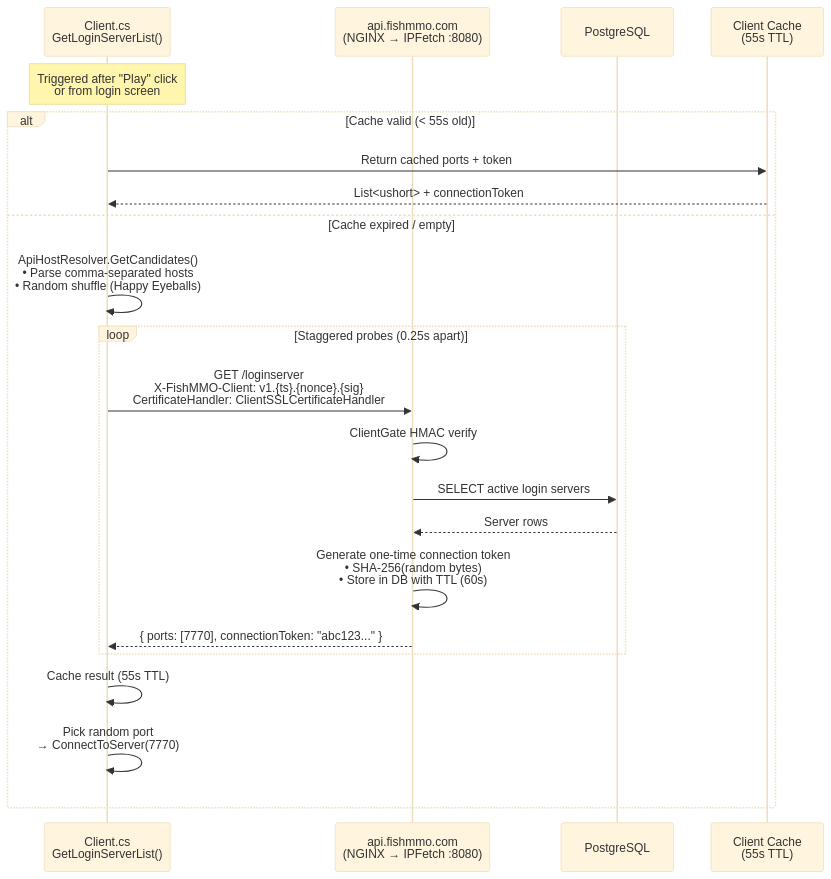
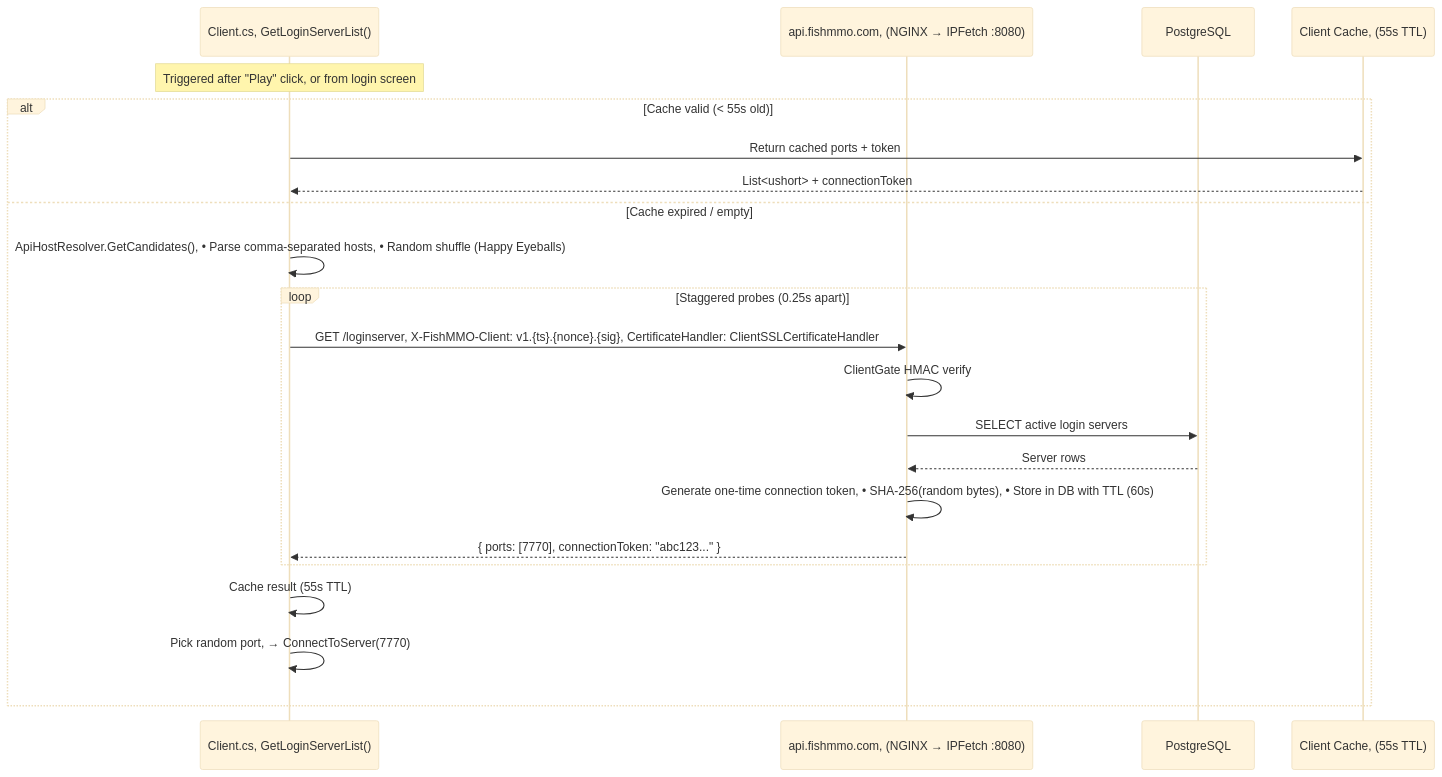
Before and after one commit to jimdroberts/FishMMO: the second of 11 diagrams in CONNECTION_PIPELINE.md, drawn with Mermaid (base theme). The commit also changed other lines of this file, not shown here.

````diff
--- a/CONNECTION_PIPELINE.md
+++ b/CONNECTION_PIPELINE.md
@@ -135,28 +135,28 @@
 ```mermaid
 sequenceDiagram
-    participant Client as Client.cs<br/>GetLoginServerList()
-    participant API as api.fishmmo.com<br/>(NGINX → IPFetch :8080)
+    participant Client as Client.cs, GetLoginServerList()
+    participant API as api.fishmmo.com, (NGINX → IPFetch :8080)
     participant DB as PostgreSQL
-    participant Cache as Client Cache<br/>(55s TTL)
+    participant Cache as Client Cache, (55s TTL)
 
-    Note over Client: Triggered after "Play" click<br/>or from login screen
+    Note over Client: Triggered after "Play" click, or from login screen
 
     alt Cache valid (< 55s old)
         Client->>Cache: Return cached ports + token
         Cache-->>Client: List<ushort> + connectionToken
     else Cache expired / empty
-        Client->>Client: ApiHostResolver.GetCandidates()<br/>• Parse comma-separated hosts<br/>• Random shuffle (Happy Eyeballs)
+        Client->>Client: ApiHostResolver.GetCandidates(), • Parse comma-separated hosts, • Random shuffle (Happy Eyeballs)
 
         loop Staggered probes (0.25s apart)
-            Client->>API: GET /loginserver<br/>X-FishMMO-Client: v1.{ts}.{nonce}.{sig}<br/>CertificateHandler: ClientSSLCertificateHandler
+            Client->>API: GET /loginserver, X-FishMMO-Client: v1.{ts}.{nonce}.{sig}, CertificateHandler: ClientSSLCertificateHandler
             API->>API: ClientGate HMAC verify
             API->>DB: SELECT active login servers
             DB-->>API: Server rows
-            API->>API: Generate one-time connection token<br/>• SHA-256(random bytes)<br/>• Store in DB with TTL (60s)
+            API->>API: Generate one-time connection token, • SHA-256(random bytes), • Store in DB with TTL (60s)
             API-->>Client: { ports: [7770], connectionToken: "abc123..." }
         end
 
         Client->>Client: Cache result (55s TTL)
-        Client->>Client: Pick random port<br/>→ ConnectToServer(7770)
+        Client->>Client: Pick random port, → ConnectToServer(7770)
     end
 ```
````
